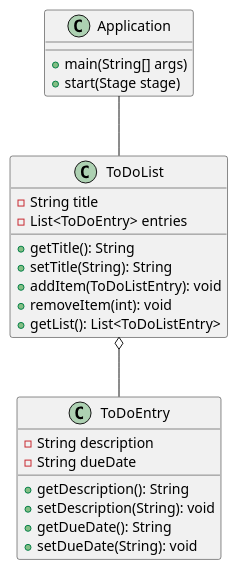
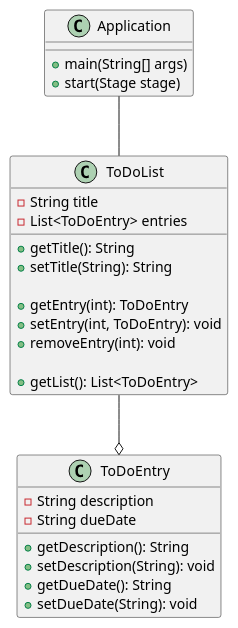
One commit to tom-pluto/Wallsmith-app1-design changed the diagram in docs/UMLDiagram.puml. Above: the diagram before and after it, drawn with PlantUML. The commit also changed 3 other files, not shown here.

First line of the commit message:
Created skeleton code for ToDoList and ToDoEntry

```diff
--- a/docs/UMLDiagram.puml
+++ b/docs/UMLDiagram.puml
@@ -1,42 +1,57 @@
 @startuml
 'https://plantuml.com/class-diagram
 
 class ToDoEntry {
 ' a specific entry that shows up in the to-do lists
 
 - String description
 - String dueDate
 
 + getDescription(): String
 + setDescription(String): void
 + getDueDate(): String
 + setDueDate(String): void
 
 }
 
 class ToDoList {
 ' the to-do list
 
 - String title
 - List<ToDoEntry> entries
 
 + getTitle(): String
 + setTitle(String): String
-+ addItem(ToDoListEntry): void
-+ removeItem(int): void
-+ getList(): List<ToDoListEntry>
 
++ getEntry(int): ToDoEntry
++ setEntry(int, ToDoEntry): void
++ removeEntry(int): void
+
++ getList(): List<ToDoEntry>
 
 }
+
+'class ToDoManager {
+'
+'   - int numToDoList
+'   - List<ToDoList> list
+'
+'   + addToDoList(String): void
+'   + removeToDoList(int): void
+'   + getToDoLists(): List<ToDoList>
+'
+'}
 
 class Application {
 
     + main(String[] args)
     + start(Stage stage)
 
 }
 
-ToDoList o-- ToDoEntry
+ToDoList --o ToDoEntry
+' ToDoManager --o ToDoList
+' Application -- ToDoManager
 Application -- ToDoList
 
 @enduml
```
